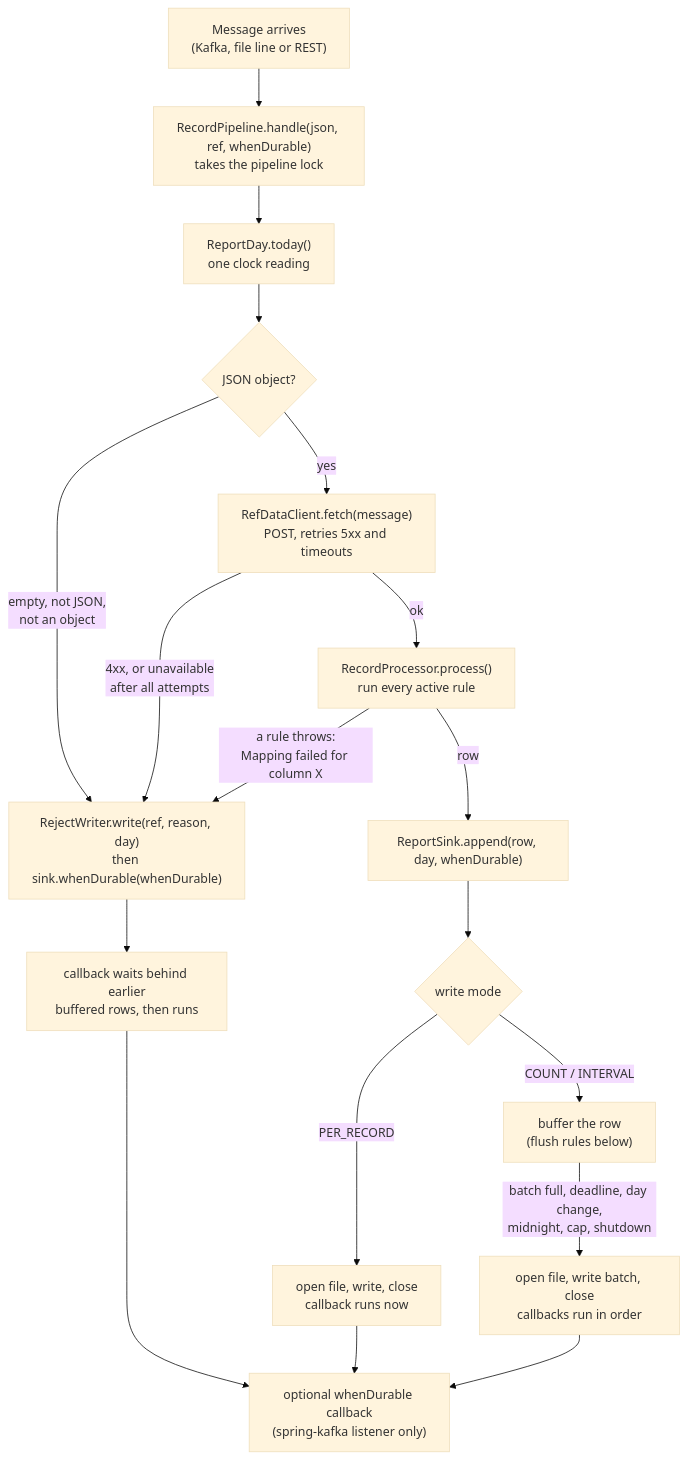
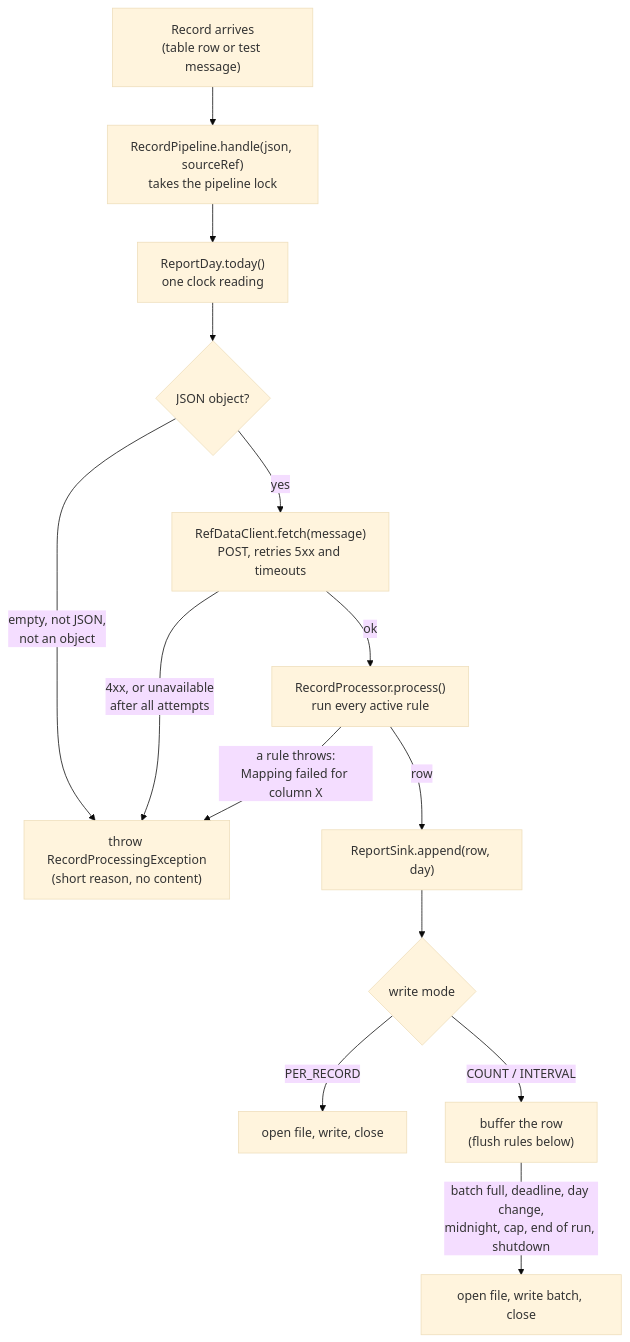
Before and after one commit to shanregs/msg-transformer: the third of 3 diagrams in docs/code-flow-and-classes.md, drawn with Mermaid (base theme). The commit also changed other lines of this file and 72 other files, not shown here.

First line of the commit message:
Read trades from a Postgres table instead of Kafka or files (#15)

````diff
--- a/docs/code-flow-and-classes.md
+++ b/docs/code-flow-and-classes.md
@@ -59,21 +71,17 @@
 ```mermaid
 flowchart TD
-    M["Message arrives<br/>(Kafka, file line or REST)"] --> H["RecordPipeline.handle(json, ref, whenDurable)<br/>takes the pipeline lock"]
+    M["Record arrives<br/>(table row or test message)"] --> H["RecordPipeline.handle(json, sourceRef)<br/>takes the pipeline lock"]
     H --> D["ReportDay.today()<br/>one clock reading"]
     D --> V{"JSON object?"}
-    V -->|"empty, not JSON,<br/>not an object"| RJ
+    V -->|"empty, not JSON,<br/>not an object"| X
     V -->|yes| RF["RefDataClient.fetch(message)<br/>POST, retries 5xx and timeouts"]
-    RF -->|"4xx, or unavailable<br/>after all attempts"| RJ
+    RF -->|"4xx, or unavailable<br/>after all attempts"| X
     RF -->|ok| MP["RecordProcessor.process()<br/>run every active rule"]
-    MP -->|"a rule throws:<br/>Mapping failed for column X"| RJ
-    MP -->|row| SK["ReportSink.append(row, day, whenDurable)"]
-    RJ["RejectWriter.write(ref, reason, day)<br/>then sink.whenDurable(whenDurable)"]
+    MP -->|"a rule throws:<br/>Mapping failed for column X"| X
+    MP -->|row| SK["ReportSink.append(row, day)"]
+    X["throw RecordProcessingException<br/>(short reason, no content)"]
     SK --> Q{"write mode"}
-    Q -->|PER_RECORD| W1["open file, write, close<br/>callback runs now"]
+    Q -->|PER_RECORD| W1["open file, write, close"]
     Q -->|"COUNT / INTERVAL"| B["buffer the row<br/>(flush rules below)"]
-    B -->|"batch full, deadline, day change,<br/>midnight, cap, shutdown"| W2["open file, write batch, close<br/>callbacks run in order"]
-    W1 --> CB["optional whenDurable callback<br/>(spring-kafka listener only)"]
-    W2 --> CB
-    RJ --> CB2["callback waits behind earlier<br/>buffered rows, then runs"]
-    CB2 --> CB
+    B -->|"batch full, deadline, day change,<br/>midnight, cap, end of run, shutdown"| W2["open file, write batch, close"]
 ```
````
